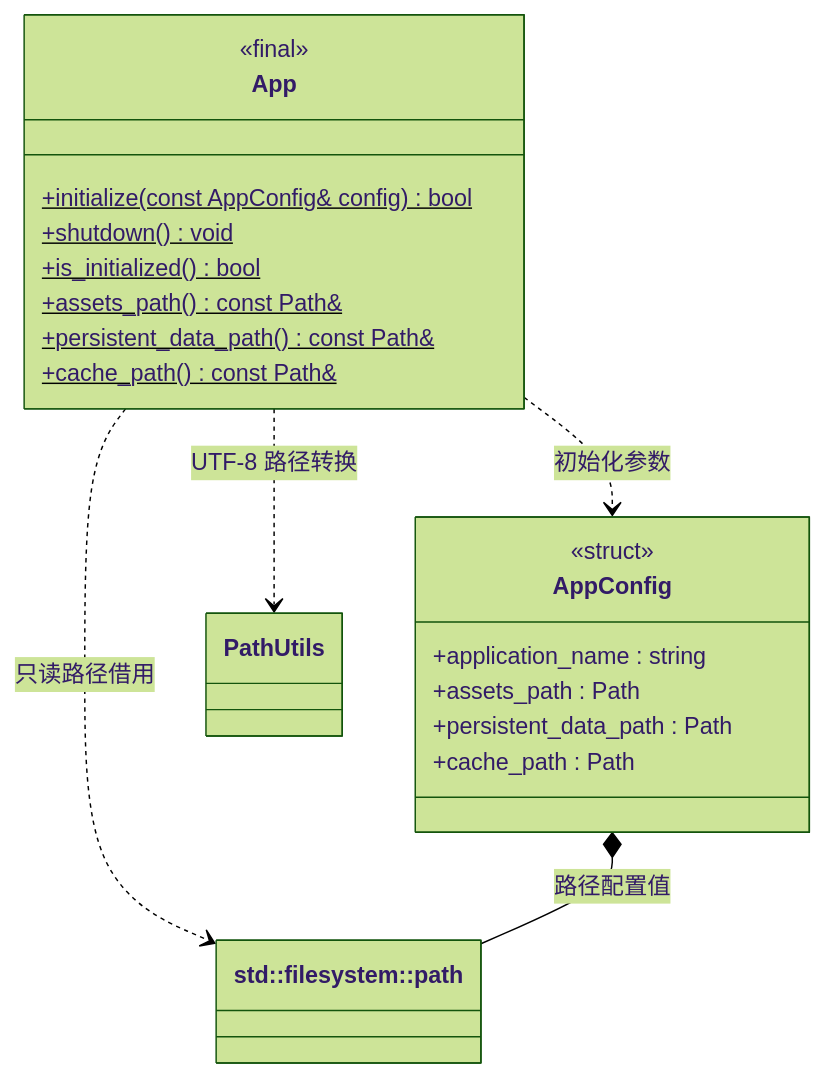
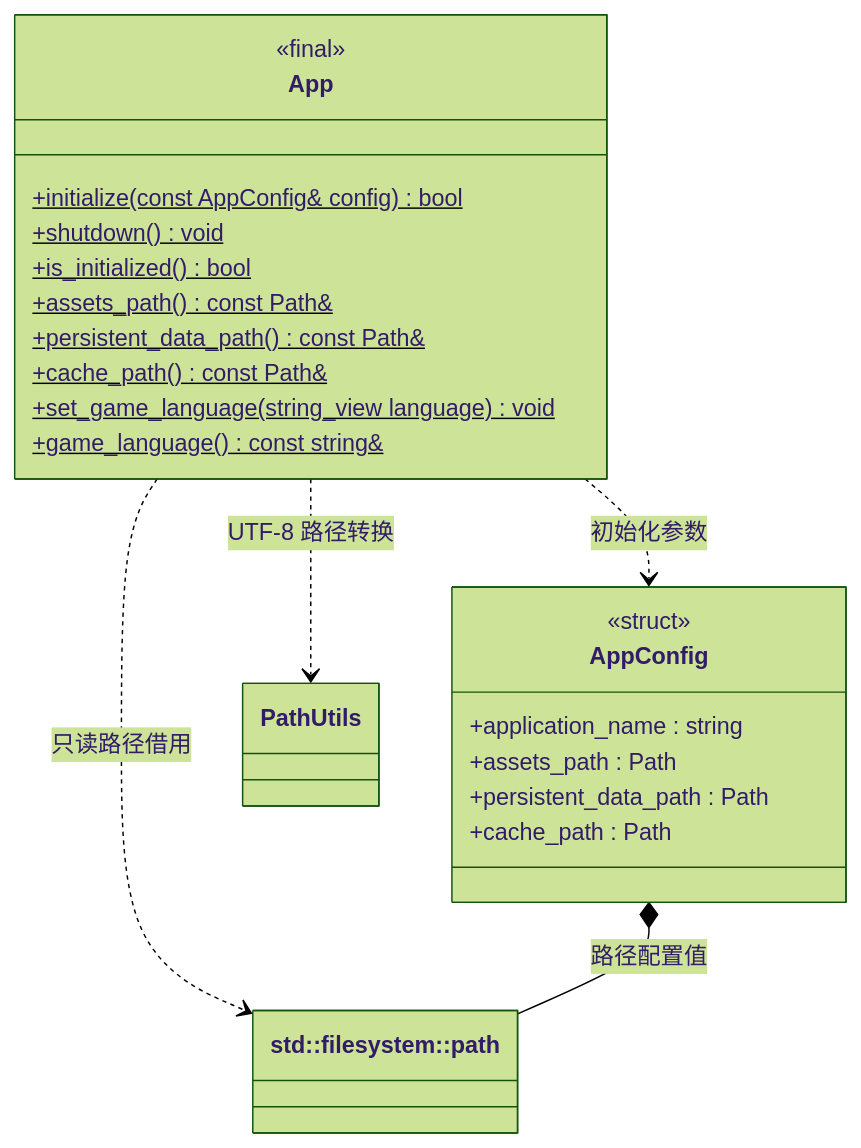
One commit to lcals/Engine changed the diagram in docs/runtime/class-diagrams/app.md. Above: the diagram before and after it, drawn with Mermaid (forest theme). The commit also changed other lines of this file and 17 other files, not shown here.

Commit message:
Expose configured game language through App

````diff
--- a/docs/runtime/class-diagrams/app.md
+++ b/docs/runtime/class-diagrams/app.md
@@ -7,26 +7,28 @@
 ```mermaid
 classDiagram
     direction TB
     class App {
         <<final>>
         +initialize(const AppConfig& config) bool$
         +shutdown() void$
         +is_initialized() bool$
         +assets_path() const Path&$
         +persistent_data_path() const Path&$
         +cache_path() const Path&$
+        +set_game_language(string_view language) void$
+        +game_language() const string&$
     }
     class AppConfig {
         <<struct>>
         +application_name : string
         +assets_path : Path
         +persistent_data_path : Path
         +cache_path : Path
     }
     class Path["std::filesystem::path"]
     App ..> AppConfig : 初始化参数
     App ..> Path : 只读路径借用
     AppConfig *-- Path : 路径配置值
     class PathUtils
     App ..> PathUtils : UTF-8 路径转换
 ```
````
